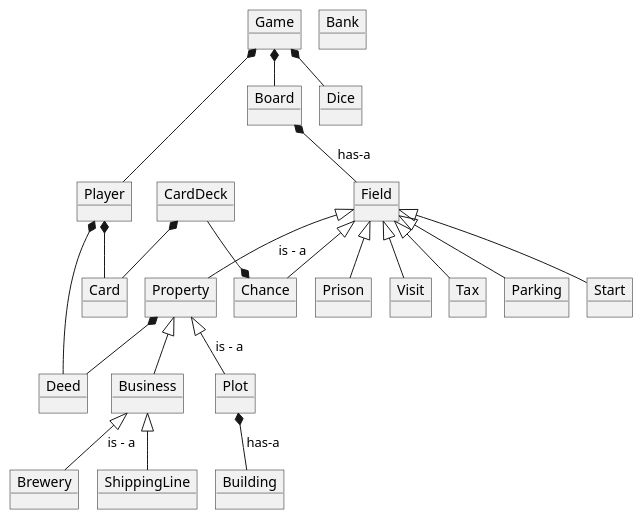
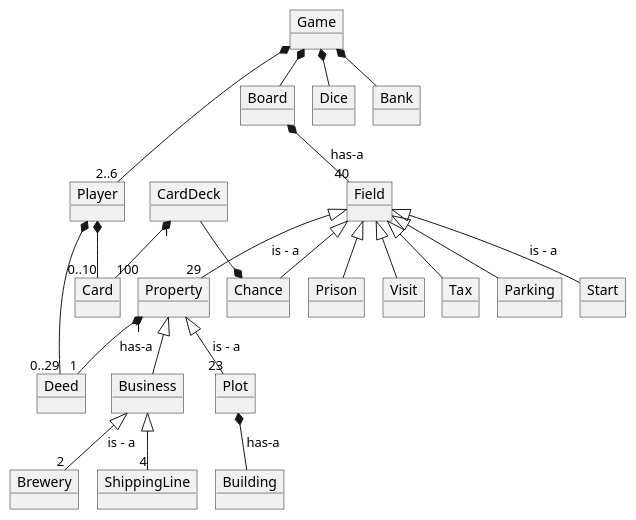
Before and after one commit to Dat1Cphbusiness/MonopolyE26: the diagram in doc/static/domainmodel.puml, drawn with PlantUML. The commit also changed 2 other files, not shown here.

```diff
--- a/doc/static/domainmodel.puml
+++ b/doc/static/domainmodel.puml
@@ -1,57 +1,57 @@
 @startuml
 !pragma layout smetana
 
 'nyt: carddeck - card
 
 object Game
 object Player
 object Dice
 object CardDeck
 object Card
 object Board
 object Field
 object Property
 object Prison
 object Visit
 object Tax
 object Parking
 object Start
 object Chance
 object ShippingLine
 object Brewery
 object Building
 object Deed
 object Bank
 object Business
 object Plot
 
 Game *-- Board
-Game *--  Player
+Game *-- "2..6" Player
 
 Game *-- Dice
-Board *-- Field : has-a
+Board *-- "40" Field : has-a
 
 Plot *-- Building: has-a
-Property  *--  Deed
-Player *--  Deed
-Business <|--  ShippingLine
-Business <|--  Brewery : is - a
+Property "1" *-- "1" Deed: has-a
+Player *-- "0..29" Deed
+Business <|-- "4" ShippingLine
+Business <|--  "2" Brewery : is - a
 
-Field <|-- Property : is - a
-Field <|-- Start
+Field <|--  "29" Property : is - a
+Field <|-- Start : is - a
 Field <|-- Chance
 Field <|-- Parking
 Field <|-- Tax
 Field <|-- Prison
 Field <|-- Visit
 
 
 CardDeck --* Chance
 Property <|-- Business
-Property <|-- Plot: is - a
+Property <|-- "23" Plot: is - a
 
-Player *--  Card
-CardDeck  *--  Card
-
+Player *-- "0..10" Card
+CardDeck "1" *-- "100"  Card
+Game *-- Bank
 
 @enduml
```
